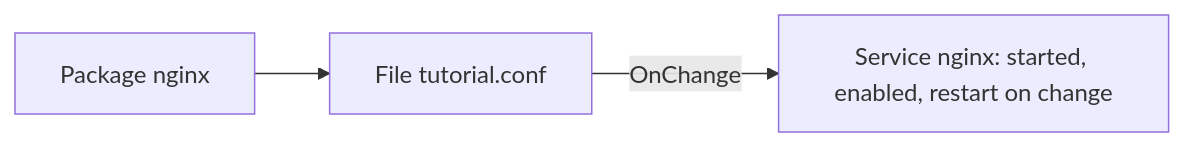
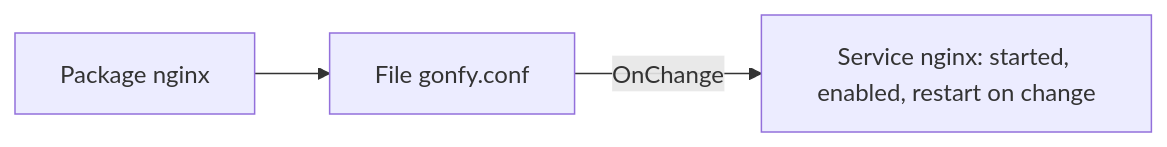
One commit to snonux/gonf changed the diagram in docs/tutorial/img/src/ch07-1.mmd. Above: the diagram before and after it, drawn with Mermaid. The commit also changed 36 other files, not shown here.

```diff
--- a/docs/tutorial/img/src/ch07-1.mmd
+++ b/docs/tutorial/img/src/ch07-1.mmd
@@ -1,3 +1,3 @@
 flowchart LR
-    P["Package nginx"] --> F["File tutorial.conf"]
+    P["Package nginx"] --> F["File gonfy.conf"]
     F -- "OnChange" --> S["Service nginx: started, enabled, restart on change"]
```
